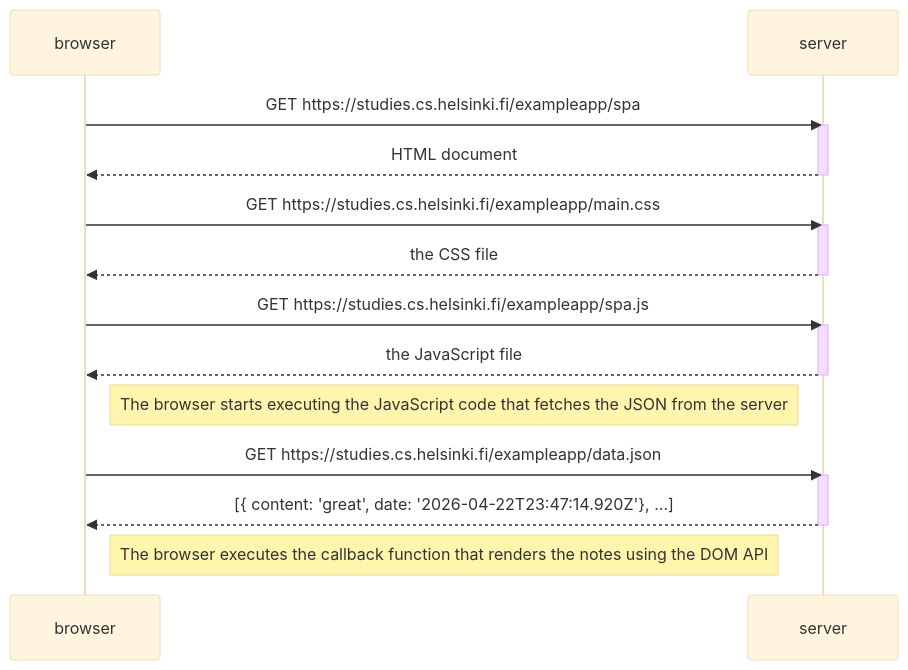
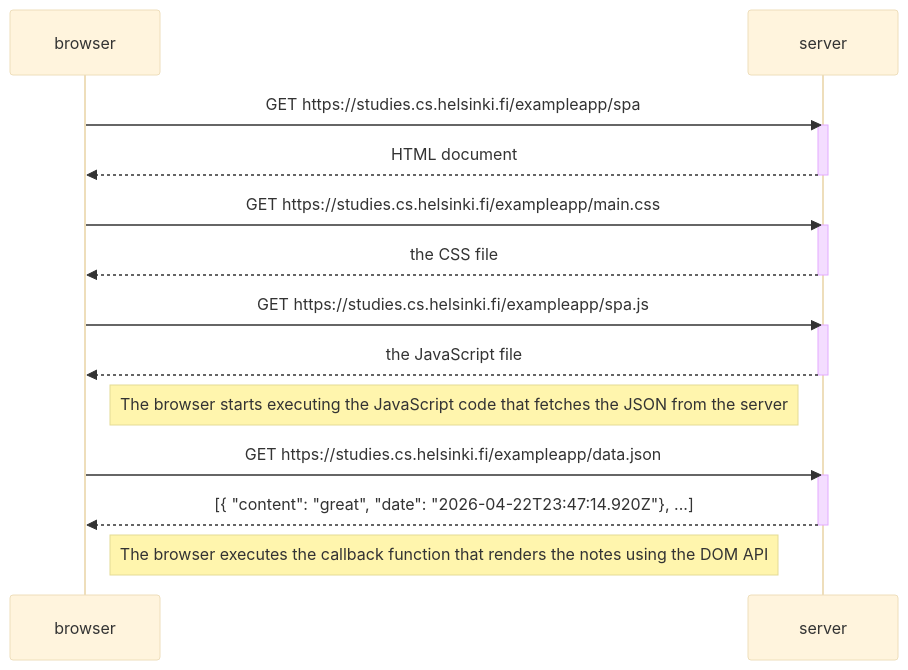
The diagram in part0/exercise-05.md (DairaFPazos/fullstack-open-helsinki), drawn with Mermaid (base theme) before and after one commit. The commit also changed 1 other file, not shown here.

Commit message:
FIx: sintaxis error

````diff
--- a/part0/exercise-05.md
+++ b/part0/exercise-05.md
@@ -1,29 +1,29 @@
 ```mermaid
 sequenceDiagram
 participant browser
 participant server
 
     browser->>server: GET https://studies.cs.helsinki.fi/exampleapp/spa
     activate server
     server-->>browser: HTML document
     deactivate server
 
     browser->>server: GET https://studies.cs.helsinki.fi/exampleapp/main.css
     activate server
     server-->>browser: the CSS file
     deactivate server
 
     browser->>server: GET https://studies.cs.helsinki.fi/exampleapp/spa.js
     activate server
     server-->>browser: the JavaScript file
     deactivate server
 
     Note right of browser: The browser starts executing the JavaScript code that fetches the JSON from the server
 
     browser->>server: GET https://studies.cs.helsinki.fi/exampleapp/data.json
     activate server
-    server-->>browser: [{ content: 'great', date: '2026-04-22T23:47:14.920Z'}, ...]
+    server-->>browser: [{ "content": "great", "date": "2026-04-22T23:47:14.920Z"}, ...]
     deactivate server
 
      Note right of browser: The browser executes the callback function that renders the notes using the DOM API
 ```
````
